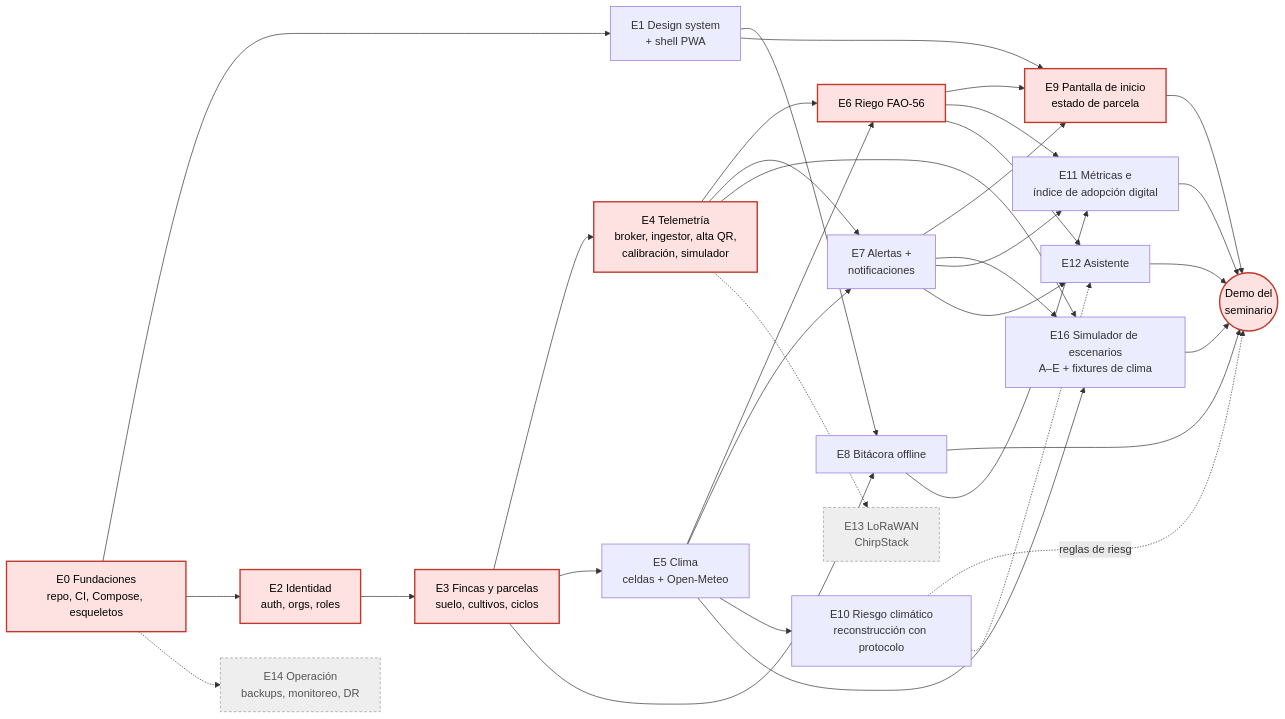
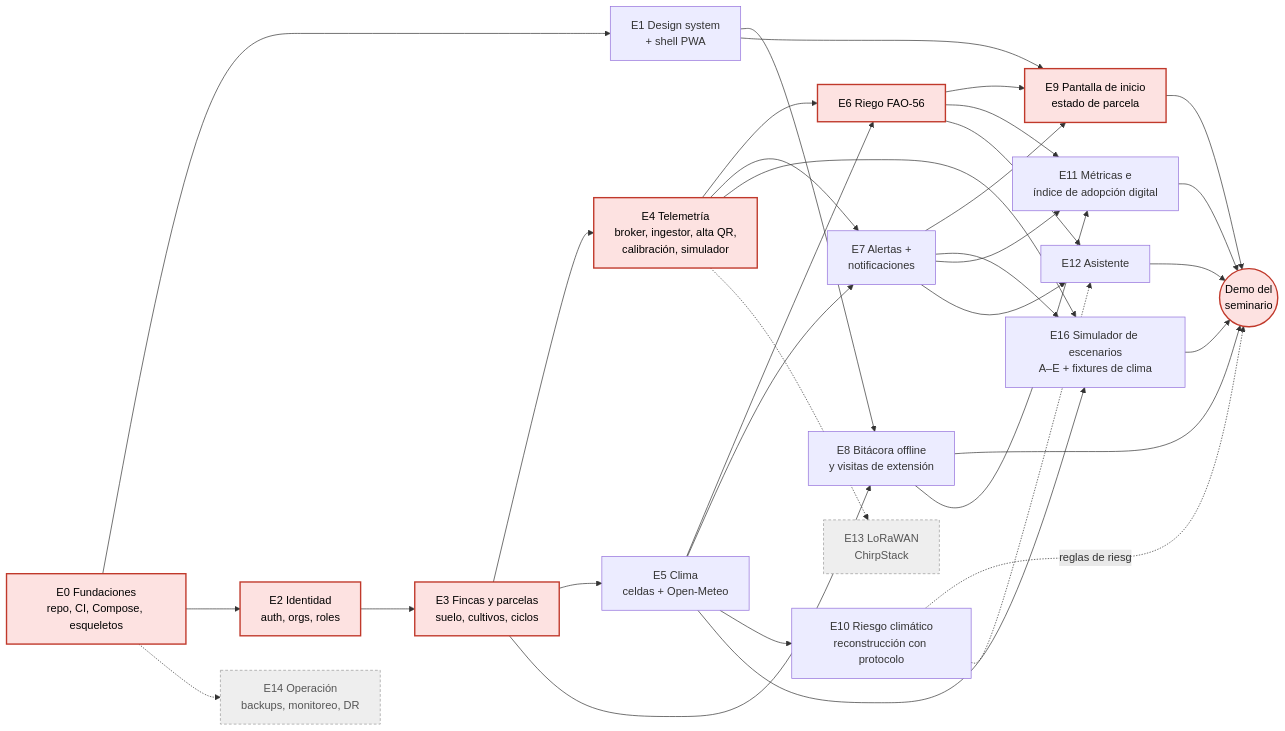
The first of 3 diagrams in docs/10-dag.md (jab16jy/techcamp-v2), drawn with Mermaid before and after one commit. The commit also changed other lines of this file and 6 other files, not shown here.

````diff
--- a/docs/10-dag.md
+++ b/docs/10-dag.md
@@ -9,51 +9,51 @@
 ```mermaid
 flowchart LR
   E0[E0 Fundaciones<br/>repo, CI, Compose, esqueletos]
   E1[E1 Design system<br/>+ shell PWA]
   E2[E2 Identidad<br/>auth, orgs, roles]
   E3[E3 Fincas y parcelas<br/>suelo, cultivos, ciclos]
   E4[E4 Telemetría<br/>broker, ingestor, alta QR,<br/>calibración, simulador]
   E5[E5 Clima<br/>celdas + Open-Meteo]
   E6[E6 Riego FAO-56]
   E7[E7 Alertas +<br/>notificaciones]
-  E8[E8 Bitácora offline]
+  E8[E8 Bitácora offline<br/>y visitas de extensión]
   E9[E9 Pantalla de inicio<br/>estado de parcela]
   E10[E10 Riesgo climático<br/>reconstrucción con protocolo]
   E11[E11 Métricas e<br/>índice de adopción digital]
   E12[E12 Asistente]
   E13[E13 LoRaWAN<br/>ChirpStack]
   E14[E14 Operación<br/>backups, monitoreo, DR]
   E16[E16 Simulador de escenarios<br/>A–E + fixtures de clima]
   E15((Demo del<br/>seminario))
 
   E0 --> E1
   E0 --> E2 --> E3 --> E4 --> E6 --> E9 --> E15
   E0 -.-> E14
   E3 --> E5
   E5 --> E6
   E4 --> E7
   E5 --> E7
   E7 --> E9
   E1 --> E8
   E3 --> E8
   E1 --> E9
   E5 --> E10
   E10 -.reglas de riesgo.-> E15
   E4 --> E16
   E5 --> E16
   E7 --> E16 --> E15
   E8 --> E15
   E6 --> E11
   E7 --> E11
   E8 --> E11 --> E15
   E6 --> E12
   E7 --> E12
   E10 -.-> E12
   E12 --> E15
   E4 -.-> E13
 
   classDef critical fill:#fde2e1,stroke:#c0392b,stroke-width:2px,color:#000
   class E0,E2,E3,E4,E6,E9,E15 critical
   classDef future fill:#eeeeee,stroke:#999999,stroke-dasharray:4 3,color:#555
   class E13,E14 future
 ```
````
